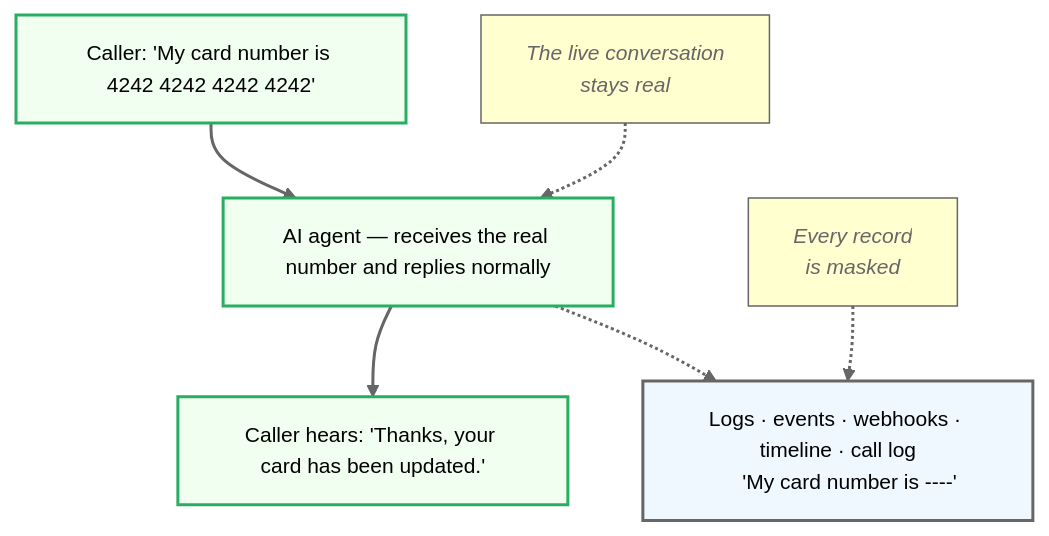
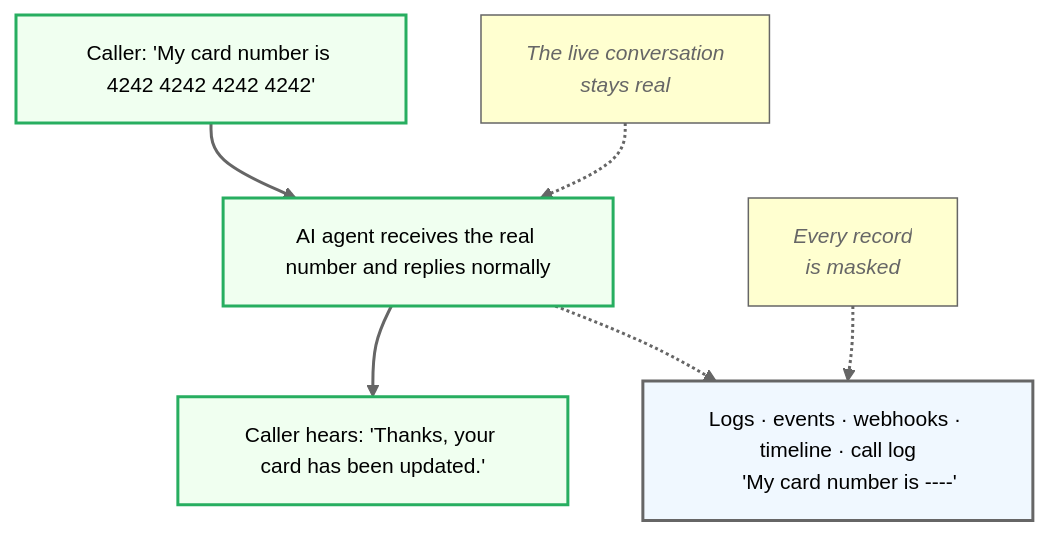
Before and after one commit to signalwire/docs: the diagram in fern/products/platform/pages/ai/guides/content-redaction/index.mdx, drawn with Mermaid. The commit also changed other lines of this file and 8 other files, not shown here.

````diff
--- a/fern/products/platform/pages/ai/guides/content-redaction/index.mdx
+++ b/fern/products/platform/pages/ai/guides/content-redaction/index.mdx
@@ -35,37 +345,37 @@
 ```mermaid
 %%{init: {
     'theme': 'mc',
     'themeVariables': {
         'fontFamily': 'Inter',
         'fontSize': '14px',
         'nodeBorder': '2px',
         'nodeTextColor': '#000000'
     },
     'flowchart': {
         'wrappingWidth': 200
     }
 }}%%
 flowchart TD
     classDef live fill:#f0fff0,stroke:#27ae60,stroke-width:2px,color:#000000,fontFamily:Inter
     classDef masked fill:#f0f8ff,stroke:#666,stroke-width:2px,color:#000000,fontFamily:Inter
     classDef note fill:#ffffd0,stroke:#666,stroke-width:1px,color:#666,font-style:italic,fontFamily:Inter
 
     C["Caller: 'My card number is 4242 4242 4242 4242'"]:::live
-    A["AI agent — receives the real number and replies normally"]:::live
+    A["AI agent receives the real number and replies normally"]:::live
     T["Caller hears: 'Thanks, your card has been updated.'"]:::live
     R["Logs · events · webhooks · timeline · call log
     'My card number is ----'"]:::masked
 
     C --> A
     A --> T
     A -.-> R
 
     N1["The live conversation
     stays real"]:::note
     N2["Every record
     is masked"]:::note
     N1 -.-> A
     N2 -.-> R
 
     linkStyle default stroke:#666666,stroke-width:2px,color:#666666
 ```
````
